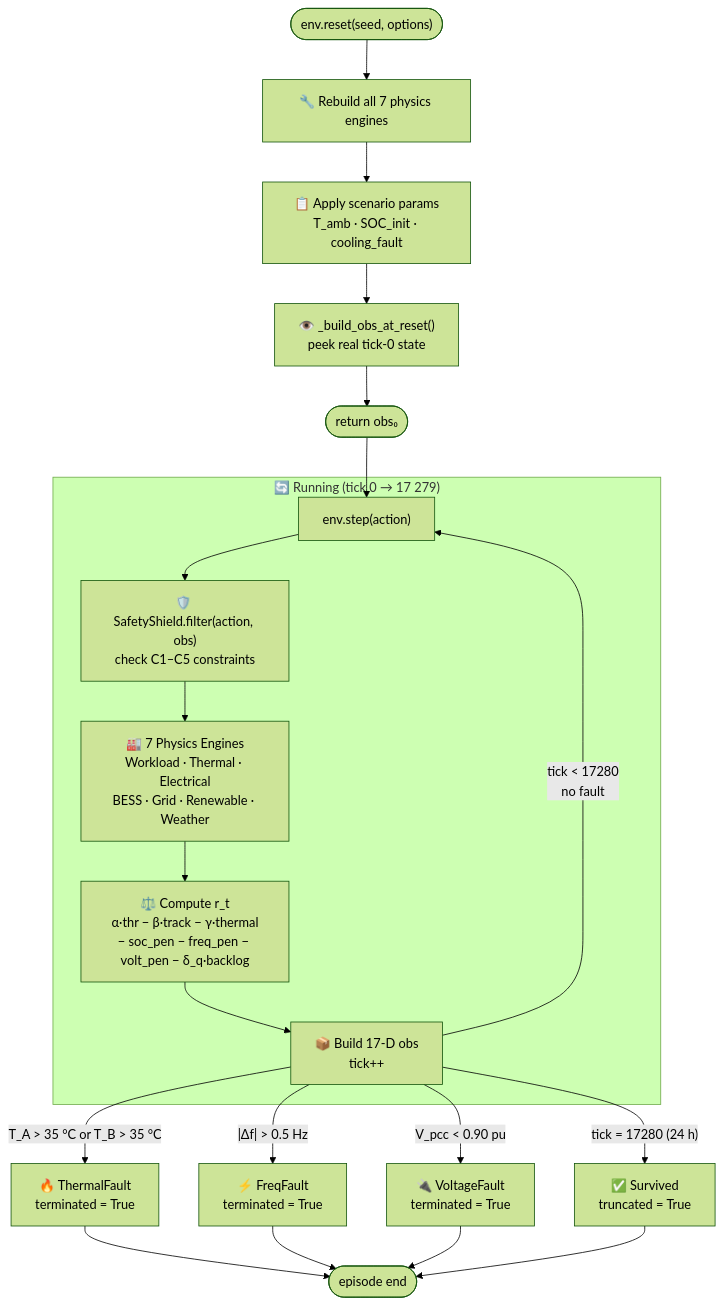
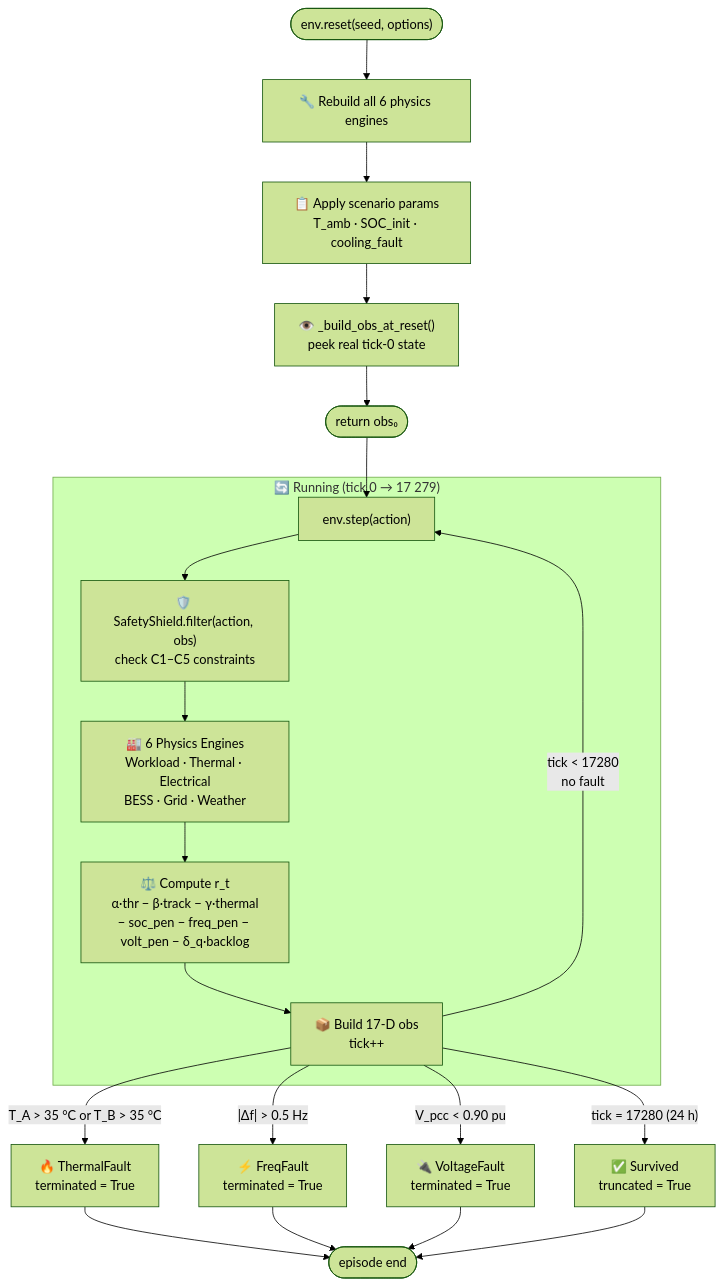
One commit to HewlettPackard/c2g-bench changed the ninth of 9 diagrams in README.md. Above: the diagram before and after it, drawn with Mermaid (forest theme). The commit also changed other lines of this file and 18 other files, not shown here.

First line of the commit message:
remove: delete unused RenewableGen module and all associated files

````diff
--- a/README.md
+++ b/README.md
@@ -674,42 +671,42 @@
 ```mermaid
 flowchart TD
     START(["env.reset(seed, options)"])
 
-    START --> R1["🔧 Rebuild all 7 physics engines"]
+    START --> R1["🔧 Rebuild all 6 physics engines"]
     R1 --> R2["📋 Apply scenario params
 T_amb · SOC_init · cooling_fault"]
     R2 --> R3["👁️ _build_obs_at_reset()
 peek real tick-0 state"]
     R3 --> OBS0(["return obs₀"])
 
     OBS0 --> STEP
 
     subgraph LOOP["🔄 Running  (tick 0 → 17 279)"]
         STEP["env.step(action)"]
         SHIELD["🛡️ SafetyShield.filter(action, obs)
 check C1–C5 constraints"]
-        SIMS["🏭 7 Physics Engines
+        SIMS["🏭 6 Physics Engines
 Workload · Thermal · Electrical
-BESS · Grid · Renewable · Weather"]
+BESS · Grid · Weather"]
         REW["⚖️ Compute r_t
 α·thr − β·track − γ·thermal
 − soc_pen − freq_pen − volt_pen − δ_q·backlog"]
         OB["📦 Build 17-D obs
 tick++"]
 
         STEP --> SHIELD --> SIMS --> REW --> OB
         OB -->|"tick < 17280
 no fault"| STEP
     end
 
     OB -->|"T_A > 35 °C or T_B > 35 °C"| TF["🔥 ThermalFault
 terminated = True"]
     OB -->|"|Δf| > 0.5 Hz"| FF["⚡ FreqFault
 terminated = True"]
     OB -->|"V_pcc < 0.90 pu"| VF["🔌 VoltageFault
 terminated = True"]
     OB -->|"tick = 17280 (24 h)"| SV["✅ Survived
 truncated = True"]
 
     TF & FF & VF & SV --> DONE(["episode end"])
 ```
````
